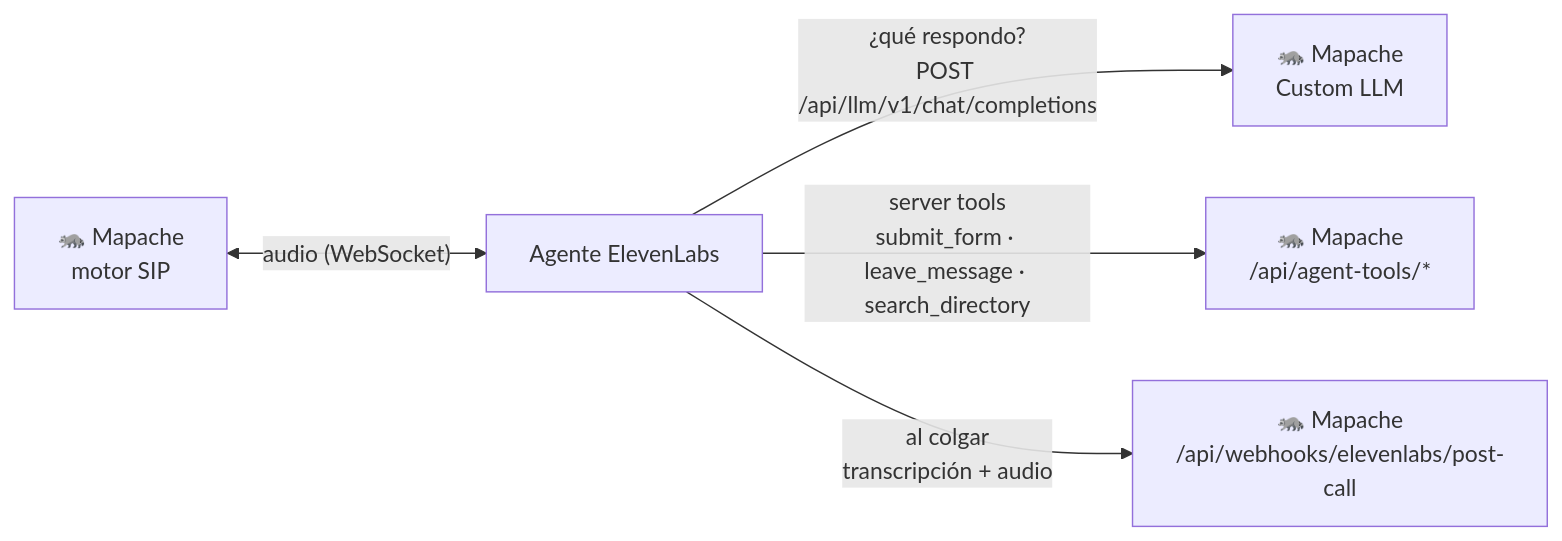
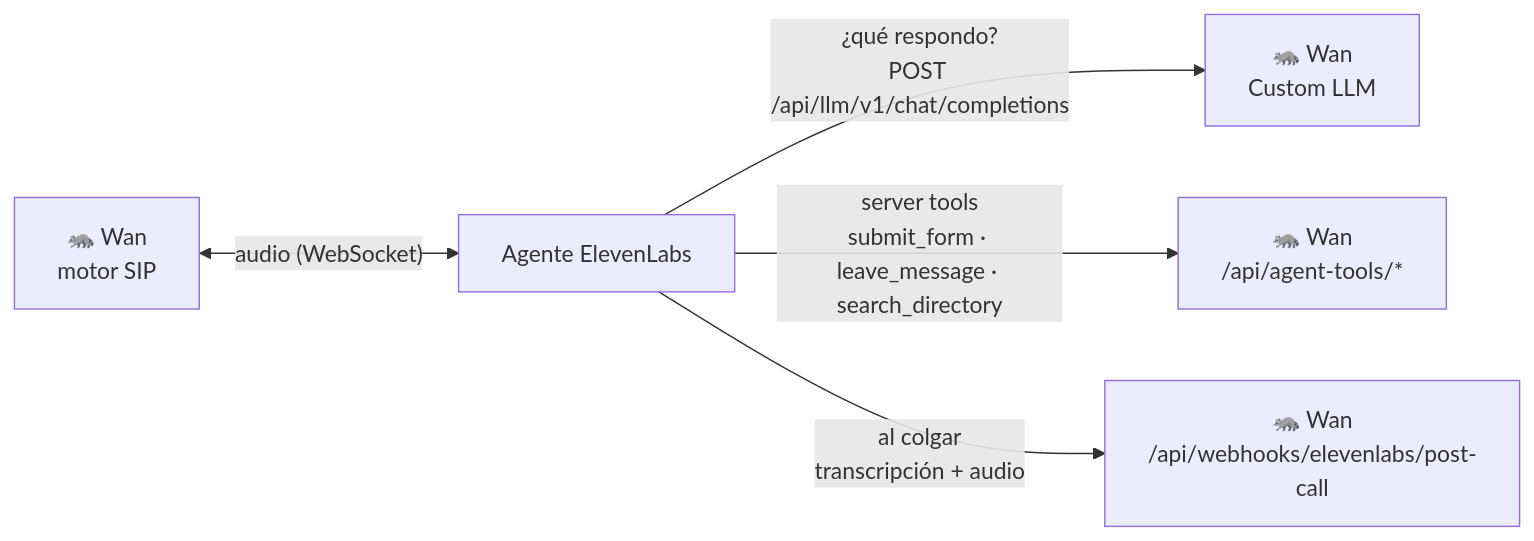
The diagram in docs/elevenlabs.md (stevengazo/Wan-API), drawn with Mermaid before and after one commit. The commit also changed other lines of this file and 218 other files, not shown here.

````diff
--- a/docs/elevenlabs.md
+++ b/docs/elevenlabs.md
@@ -5,7 +5,7 @@
 ```mermaid
 flowchart LR
-    M["🦝 Mapache<br/>motor SIP"] <-- "audio (WebSocket)" --> A["Agente ElevenLabs"]
-    A -- "¿qué respondo?<br/>POST /api/llm/v1/chat/completions" --> L["🦝 Mapache<br/>Custom LLM"]
-    A -- "server tools<br/>submit_form · leave_message · search_directory" --> T["🦝 Mapache<br/>/api/agent-tools/*"]
-    A -- "al colgar<br/>transcripción + audio" --> W["🦝 Mapache<br/>/api/webhooks/elevenlabs/post-call"]
+    M["🦝 Wan<br/>motor SIP"] <-- "audio (WebSocket)" --> A["Agente ElevenLabs"]
+    A -- "¿qué respondo?<br/>POST /api/llm/v1/chat/completions" --> L["🦝 Wan<br/>Custom LLM"]
+    A -- "server tools<br/>submit_form · leave_message · search_directory" --> T["🦝 Wan<br/>/api/agent-tools/*"]
+    A -- "al colgar<br/>transcripción + audio" --> W["🦝 Wan<br/>/api/webhooks/elevenlabs/post-call"]
 ```
````
